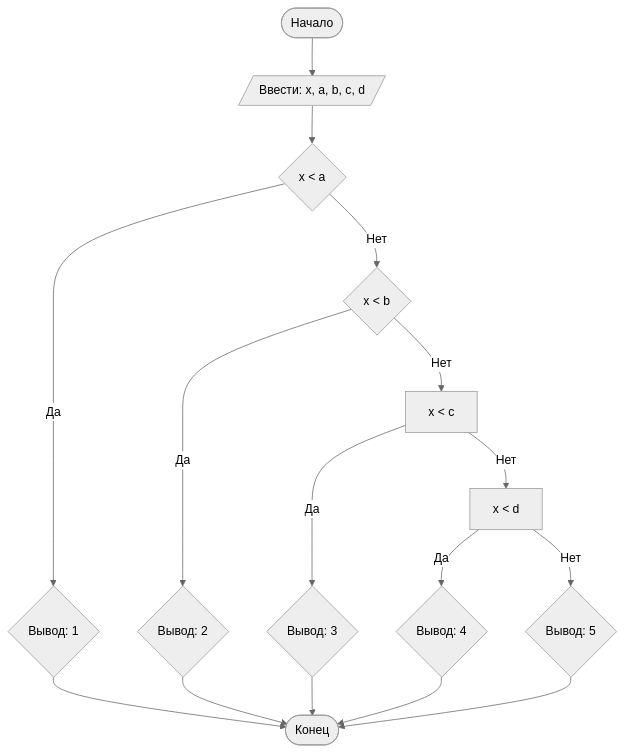
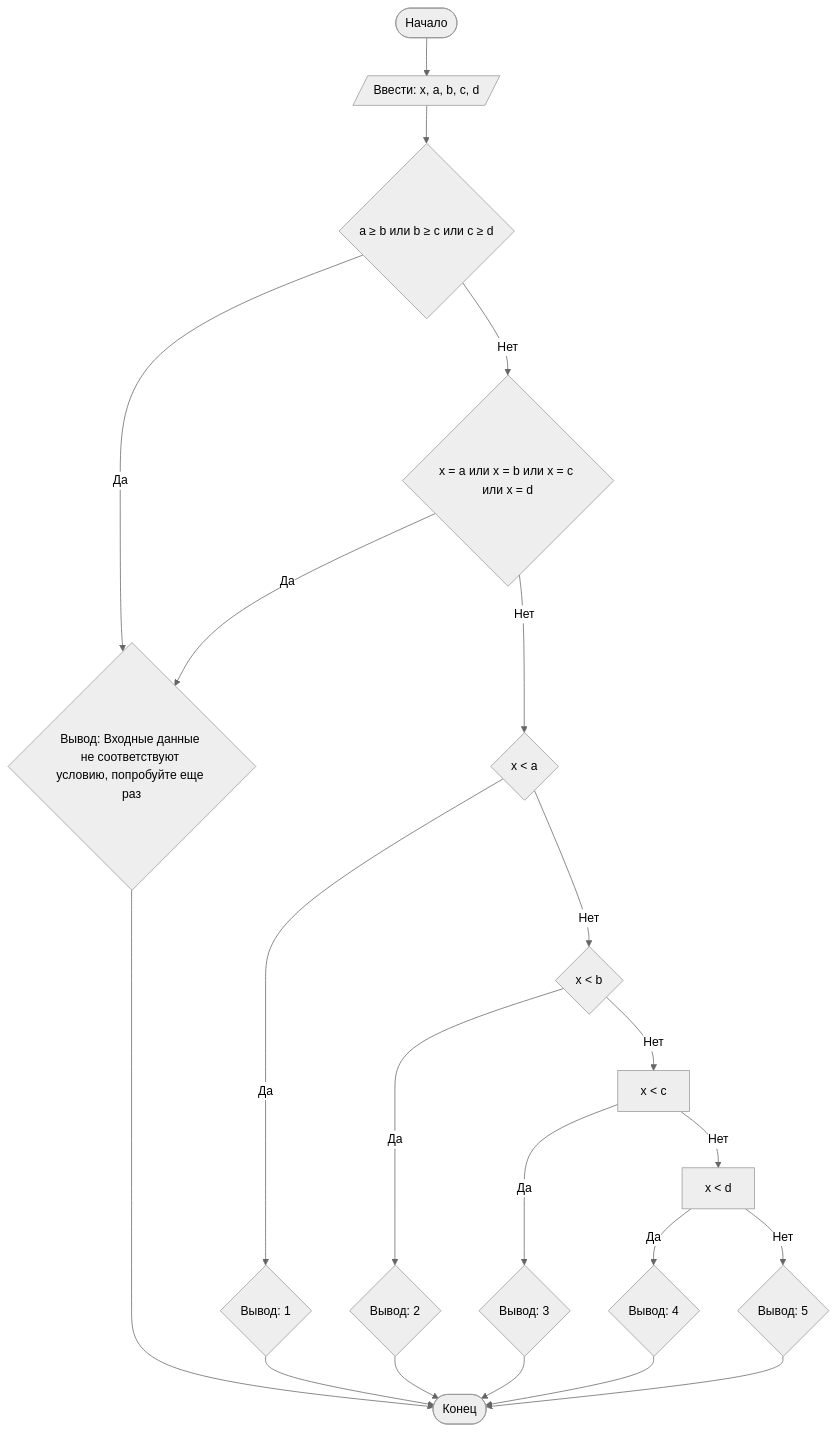
The diagram in README.md (helga5002/Lab1), drawn with Mermaid (neutral theme) before and after one commit. The commit also changed other lines of this file, not shown here.

````diff
--- a/README.md
+++ b/README.md
@@ -113,19 +112,24 @@
 ```mermaid
 graph TD
     A([Начало]) --> B[/Ввести: x, a, b, c, d/]
-    B --> C{x < a}
+    B --> O{a ≥ b или b ≥ c или c ≥ d}
+    O -- Да --> L{Вывод: Входные данные не соответствуют условию, попробуйте еще раз}
+    O -- Нет --> M{x = a или x = b или x = c или x = d}
+    M -- Да --> L
+    M -- Нет --> C{x < a}
     C -- Да --> D{Вывод: 1}
     C -- Нет --> E{x < b}
     E -- Да --> F{Вывод: 2}
     E -- Нет --> G[x < c]
     G -- Да --> H{Вывод: 3}
     G -- Нет --> I[x < d]
     I -- Да --> J{Вывод: 4}
     I -- Нет --> K{Вывод: 5}
     D --> Z
     F --> Z
     H --> Z
     J --> Z
+    L --> Z
     K --> Z([Конец])
 
 ```
````
